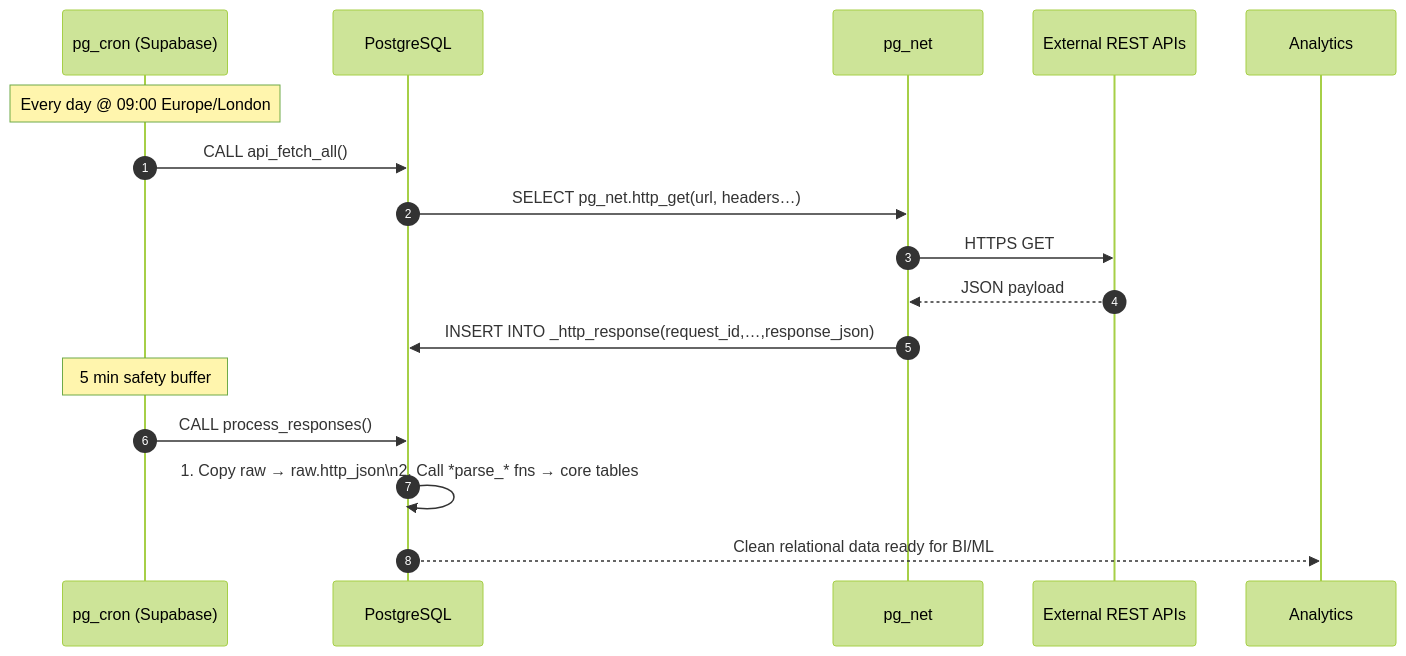
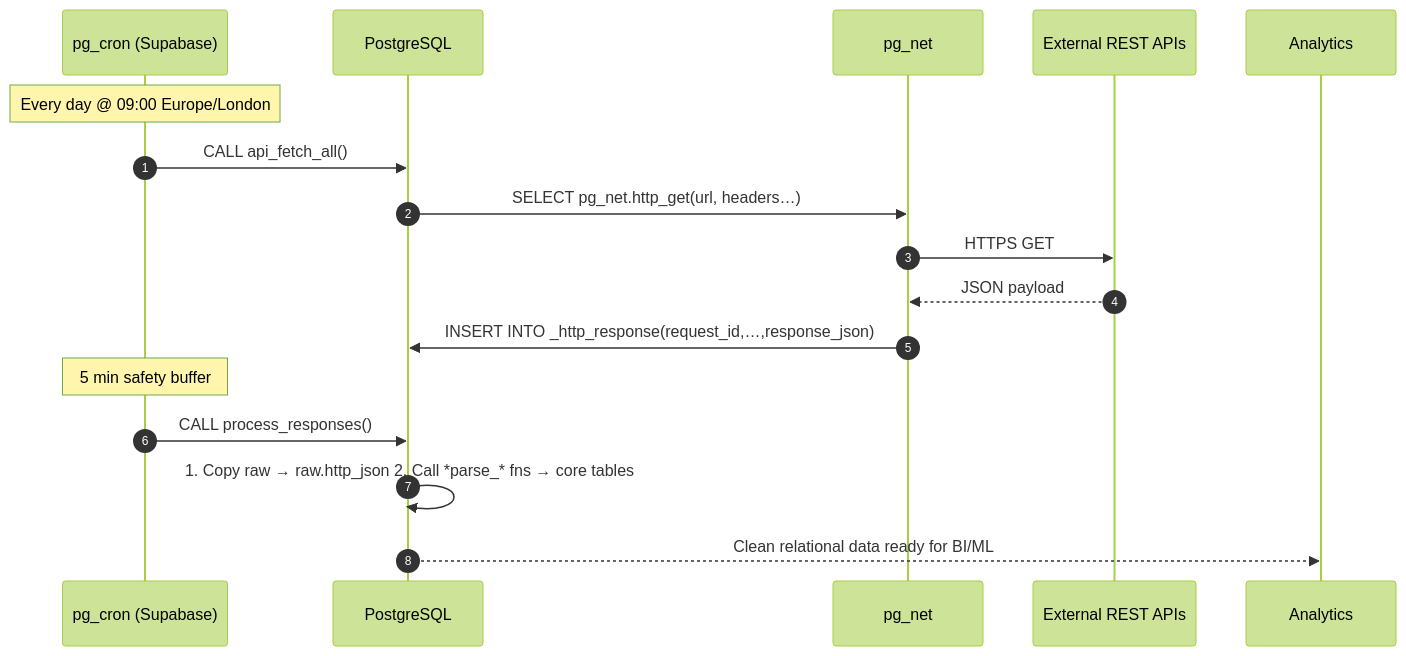
Before and after one commit to joshslade/Nord-Pool-Database: the diagram in README.md, drawn with Mermaid (forest theme). The commit also changed other lines of this file and 5 other files, not shown here.

````diff
--- a/README.md
+++ b/README.md
@@ -1,20 +21,20 @@
 ```mermaid
 sequenceDiagram
     autonumber
     participant CRON as pg_cron (Supabase)
     participant DB as PostgreSQL
     participant NET as pg_net
     participant API as External REST APIs
 
     Note over CRON: Every day @ 09:00 Europe/London
     CRON->>DB: CALL api_fetch_all()
     DB->>NET: SELECT pg_net.http_get(url, headers…)
     NET->>API: HTTPS GET
     API-->>NET: JSON payload
     NET->>DB: INSERT INTO _http_response(request_id,…,response_json)
 
     Note over CRON: 5 min safety buffer
     CRON->>DB: CALL process_responses()
-    DB->>DB: 1. Copy raw → raw.http_json\n2. Call *parse_* fns → core tables
+    DB->>DB: 1. Copy raw → raw.http_json 2. Call *parse_* fns → core tables
     DB-->>Analytics: Clean relational data ready for BI/ML
 ```
````
